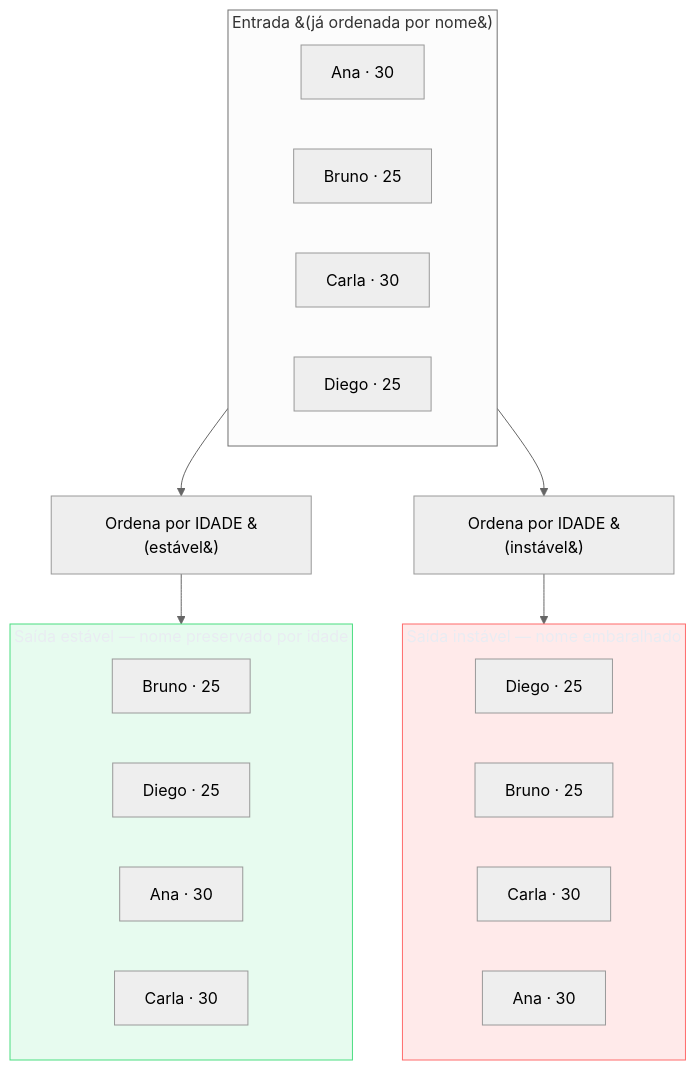
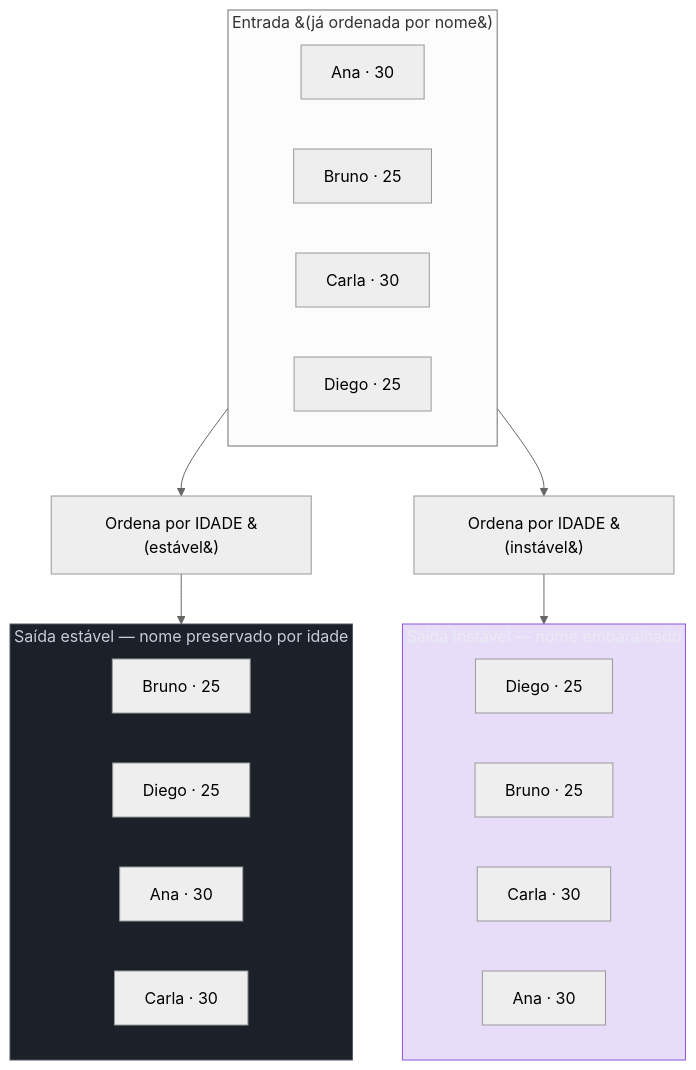
One commit to josenaldo/codex-technomanticus changed the first of 6 diagrams in 03-Dominios/Ciência/Algoritmos/07 - Ordenação.md. Above: the diagram before and after it, drawn with Mermaid (neutral theme). The commit also changed other lines of this file and 601 other files, not shown here.

````diff
--- a/03-Dominios/Ciência/Algoritmos/07 - Ordenação.md
+++ b/03-Dominios/Ciência/Algoritmos/07 - Ordenação.md
@@ -82,34 +82,34 @@
 ```mermaid
 flowchart TB
-    classDef ok fill:#4ADE8021,stroke:#4ADE80,color:#E9ECF2
-    classDef falha fill:#FF6B6B24,stroke:#FF6B6B,color:#E9ECF2
+    classDef marca fill:#8855DF33,stroke:#8855DF,color:#E9ECF2
+    classDef neutro fill:#1B2029,stroke:#4E5666,color:#C6CCD8
     subgraph entrada["Entrada &#40;já ordenada por nome&#41;"]
         E1["Ana &middot; 30"]
         E2["Bruno &middot; 25"]
         E3["Carla &middot; 30"]
         E4["Diego &middot; 25"]
     end
 
     entrada --> est["Ordena por IDADE &#40;estável&#41;"]
     entrada --> ins["Ordena por IDADE &#40;instável&#41;"]
 
     subgraph saidaE["Saída estável &mdash; nome preservado por idade"]
         S1["Bruno &middot; 25"]
         S2["Diego &middot; 25"]
         S3["Ana &middot; 30"]
         S4["Carla &middot; 30"]
     end
 
     subgraph saidaI["Saída instável &mdash; nome embaralhado"]
         I1["Diego &middot; 25"]
         I2["Bruno &middot; 25"]
         I3["Carla &middot; 30"]
         I4["Ana &middot; 30"]
     end
 
     est --> saidaE
     ins --> saidaI
 
-    class saidaE ok
-    class saidaI falha
+    class saidaE neutro
+    class saidaI marca
 ```
````
